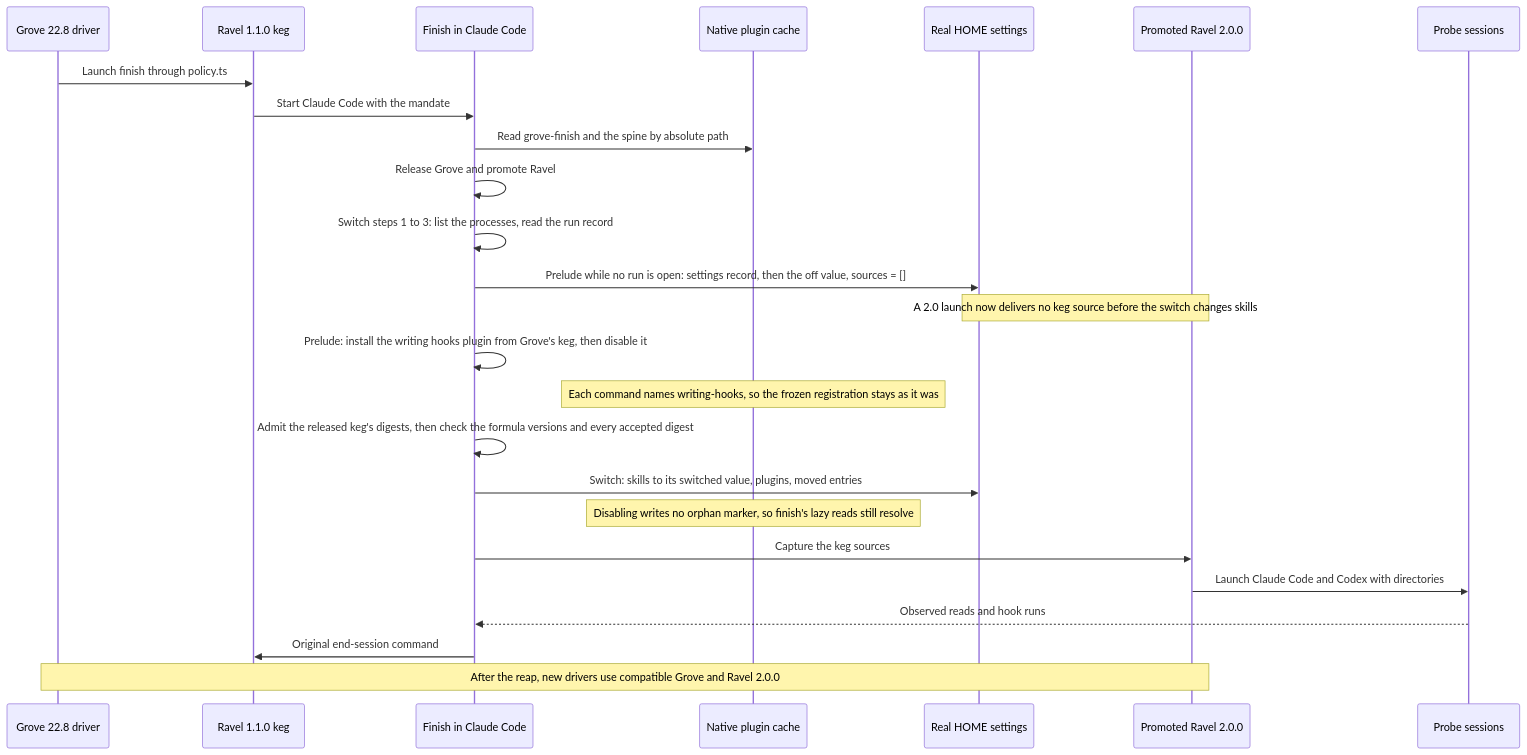
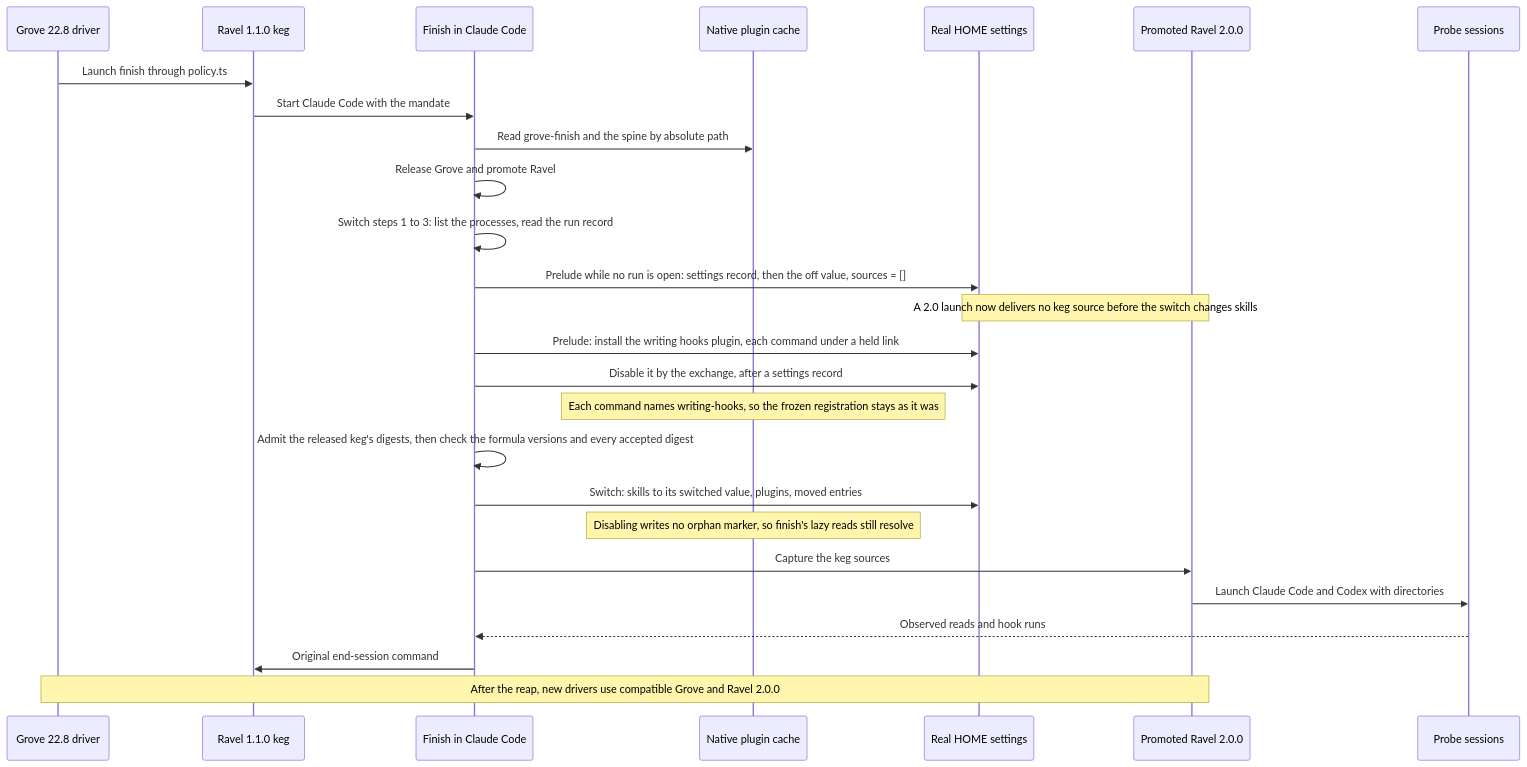
One commit to Linkuistics/grove changed the diagram in docs/design/harness-selection-and-execution/owner-final-session.mmd. Above: the diagram before and after it, drawn with Mermaid. The commit also changed 15 other files, not shown here.

```diff
--- a/docs/design/harness-selection-and-execution/owner-final-session.mmd
+++ b/docs/design/harness-selection-and-execution/owner-final-session.mmd
@@ -1,25 +1,26 @@
 sequenceDiagram
     participant D as Grove 22.8 driver
     participant R1 as Ravel 1.1.0 keg
     participant F as Finish in Claude Code
     participant N as Native plugin cache
     participant H as Real HOME settings
     participant R2 as Promoted Ravel 2.0.0
     participant P as Probe sessions
     D->>R1: Launch finish through policy.ts
     R1->>F: Start Claude Code with the mandate
     F->>N: Read grove-finish and the spine by absolute path
     F->>F: Release Grove and promote Ravel
     F->>F: Switch steps 1 to 3: list the processes, read the run record
     F->>H: Prelude while no run is open: settings record, then the off value, sources = []
     Note over H,R2: A 2.0 launch now delivers no keg source before the switch changes skills
-    F->>F: Prelude: install the writing hooks plugin from Grove's keg, then disable it
+    F->>H: Prelude: install the writing hooks plugin, each command under a held link
+    F->>H: Disable it by the exchange, after a settings record
     Note over N: Each command names writing-hooks, so the frozen registration stays as it was
     F->>F: Admit the released keg's digests, then check the formula versions and every accepted digest
     F->>H: Switch: skills to its switched value, plugins, moved entries
     Note over N: Disabling writes no orphan marker, so finish's lazy reads still resolve
     F->>R2: Capture the keg sources
     R2->>P: Launch Claude Code and Codex with directories
     P-->>F: Observed reads and hook runs
     F->>R1: Original end-session command
     Note over D,R2: After the reap, new drivers use compatible Grove and Ravel 2.0.0
```
